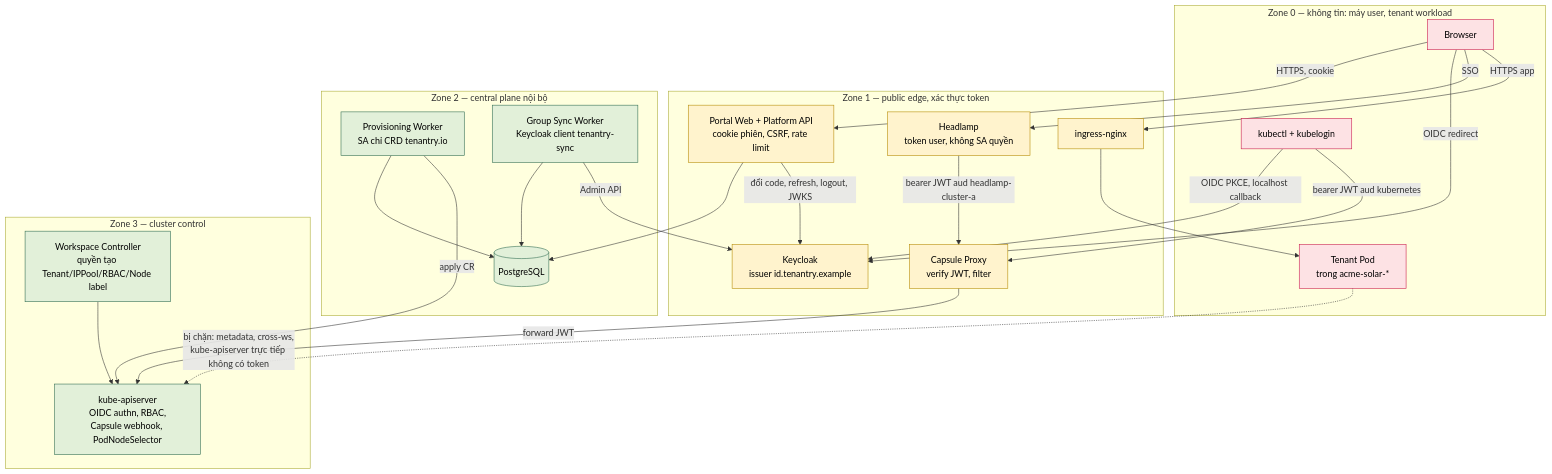
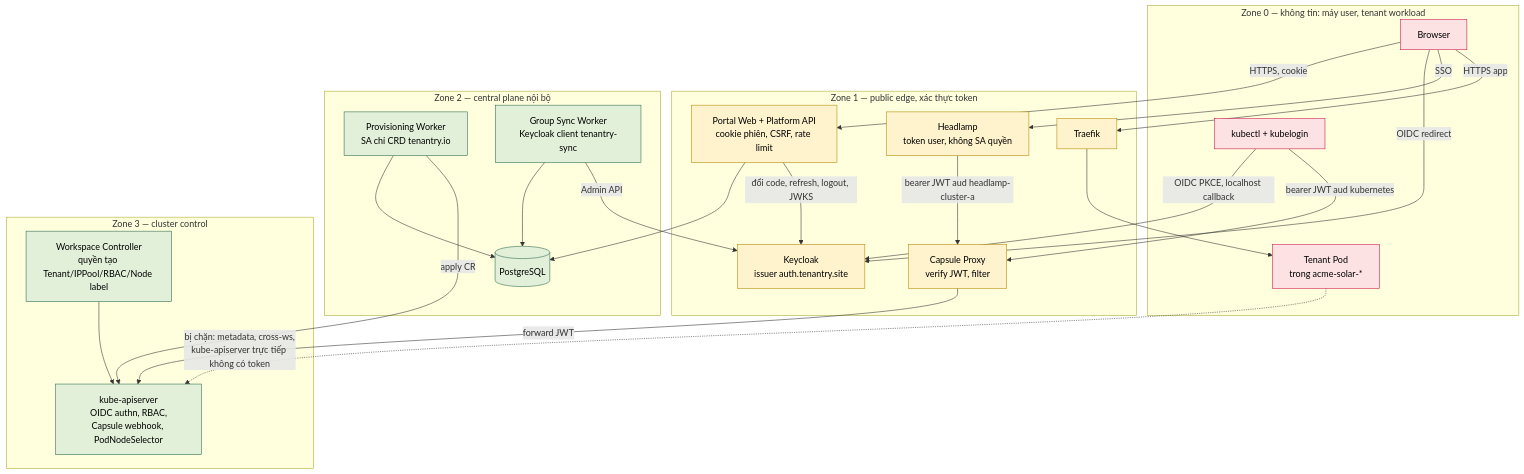
Before and after one commit to thaihoc1310/tenantry: the first of 4 diagrams in docs/architecture/06-security-and-identity.md, drawn with Mermaid. The commit also changed other lines of this file and 10 other files, not shown here.

````diff
--- a/docs/architecture/06-security-and-identity.md
+++ b/docs/architecture/06-security-and-identity.md
@@ -9,49 +9,49 @@
 ```mermaid
 flowchart TB
   classDef untrusted fill:#fde2e4,stroke:#c9184a,color:#000
   classDef semi fill:#fff3cd,stroke:#b58900,color:#000
   classDef trusted fill:#e2f0d9,stroke:#2d6a4f,color:#000
 
   subgraph Z0["Zone 0 — không tin: máy user, tenant workload"]
     B["Browser"]:::untrusted
     K["kubectl + kubelogin"]:::untrusted
     Pod["Tenant Pod<br/>trong acme-solar-*"]:::untrusted
   end
 
   subgraph Z1["Zone 1 — public edge, xác thực token"]
     Portal["Portal Web + Platform API<br/>cookie phiên, CSRF, rate limit"]:::semi
-    KC["Keycloak<br/>issuer id.tenantry.example"]:::semi
+    KC["Keycloak<br/>issuer auth.tenantry.site"]:::semi
     CP["Capsule Proxy<br/>verify JWT, filter"]:::semi
     HL["Headlamp<br/>token user, không SA quyền"]:::semi
-    Ing["ingress-nginx"]:::semi
+    Ing["Traefik"]:::semi
   end
 
   subgraph Z2["Zone 2 — central plane nội bộ"]
     PG[("PostgreSQL")]:::trusted
     PW["Provisioning Worker<br/>SA chỉ CRD tenantry.io"]:::trusted
     GS["Group Sync Worker<br/>Keycloak client tenantry-sync"]:::trusted
   end
 
   subgraph Z3["Zone 3 — cluster control"]
     APIS["kube-apiserver<br/>OIDC authn, RBAC,<br/>Capsule webhook, PodNodeSelector"]:::trusted
     WC["Workspace Controller<br/>quyền tạo Tenant/IPPool/RBAC/Node label"]:::trusted
   end
 
   B -->|"HTTPS, cookie"| Portal
   B -->|"OIDC redirect"| KC
   K -->|"OIDC PKCE, localhost callback"| KC
   K -->|"bearer JWT aud kubernetes"| CP
   B -->|"SSO"| HL
   HL -->|"bearer JWT aud headlamp-cluster-a"| CP
   Portal --> PG
   Portal -->|"đổi code, refresh, logout, JWKS"| KC
   PW --> PG
   PW -->|"apply CR"| APIS
   GS --> PG
   GS -->|"Admin API"| KC
   CP -->|"forward JWT"| APIS
   WC --> APIS
   Pod -.->|"bị chặn: metadata, cross-ws,<br/>kube-apiserver trực tiếp không có token"| APIS
   B -->|"HTTPS app"| Ing
   Ing --> Pod
 ```
````
